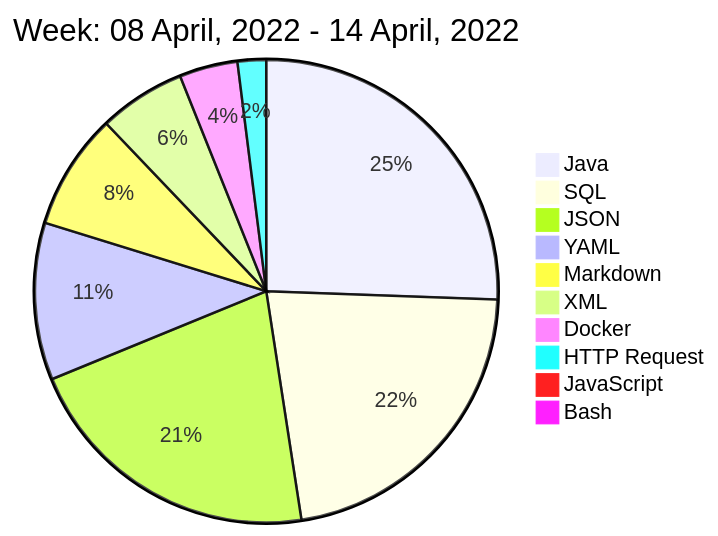
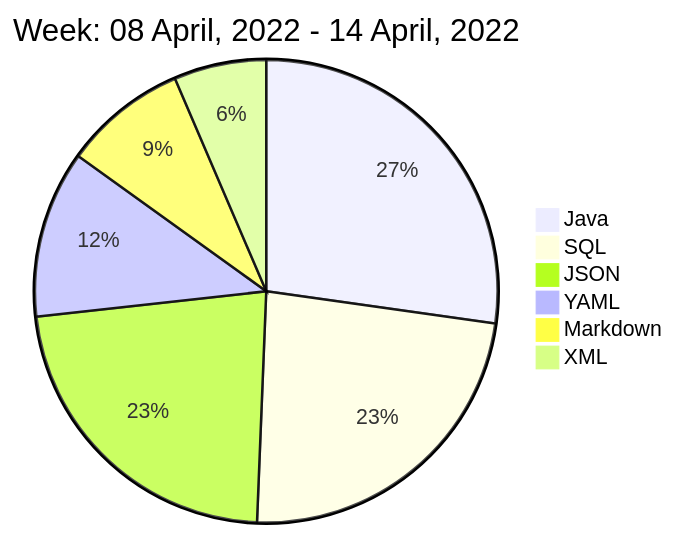
Before and after one commit to liubin95/liubin95: the diagram in README.md, drawn with Mermaid.

Commit message:
Updated the Graph with new Metrics

````diff
--- a/README.md
+++ b/README.md
@@ -40,14 +40,10 @@
 ```mermaid
  pie
 title Week: 08 April, 2022 - 14 April, 2022
  "Java" : 5.78
  "SQL" : 4.97
  "JSON" : 4.8
  "YAML" : 2.48
  "Markdown" : 1.83
  "XML" : 1.37
- "Docker" : 0.92
- "HTTP Request" : 0.45
- "JavaScript" : 0.07
- "Bash" : 0.03
 ```
````
